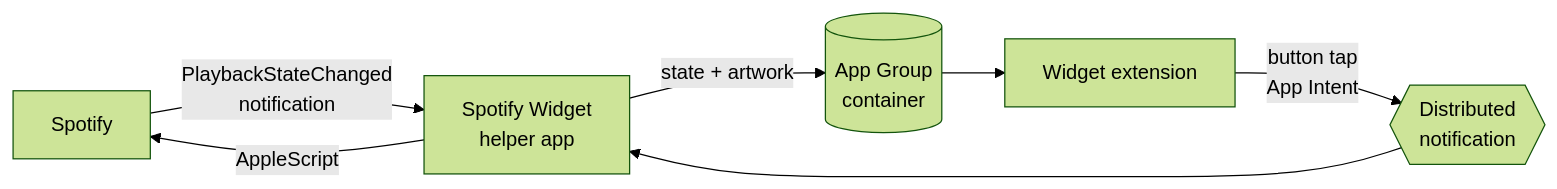
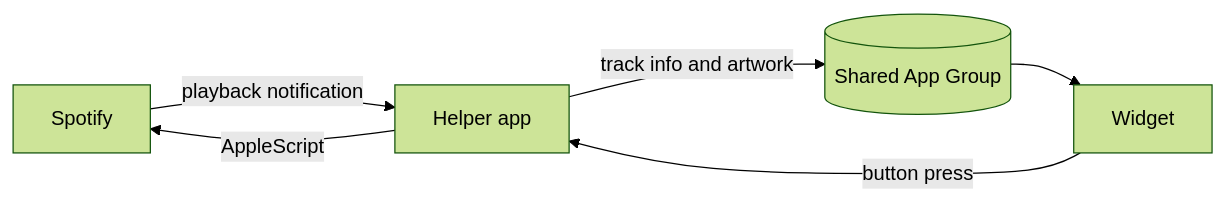
One commit to Daenqs/SpotifyWidget changed the diagram in README.md. Above: the diagram before and after it, drawn with Mermaid (forest theme). The commit also changed other lines of this file and 1 other file, not shown here.

````diff
--- a/README.md
+++ b/README.md
@@ -105,9 +114,8 @@
 ```mermaid
 flowchart LR
-    S[Spotify] -- PlaybackStateChanged<br/>notification --> H[Spotify Widget<br/>helper app]
-    H -- state + artwork --> G[(App Group<br/>container)]
-    G --> W[Widget extension]
-    W -- button tap<br/>App Intent --> N{{Distributed<br/>notification}}
-    N --> H
+    S[Spotify] -- playback notification --> H[Helper app]
+    H -- track info and artwork --> G[(Shared App Group)]
+    G --> W[Widget]
+    W -- button press --> H
     H -- AppleScript --> S
 ```
````
